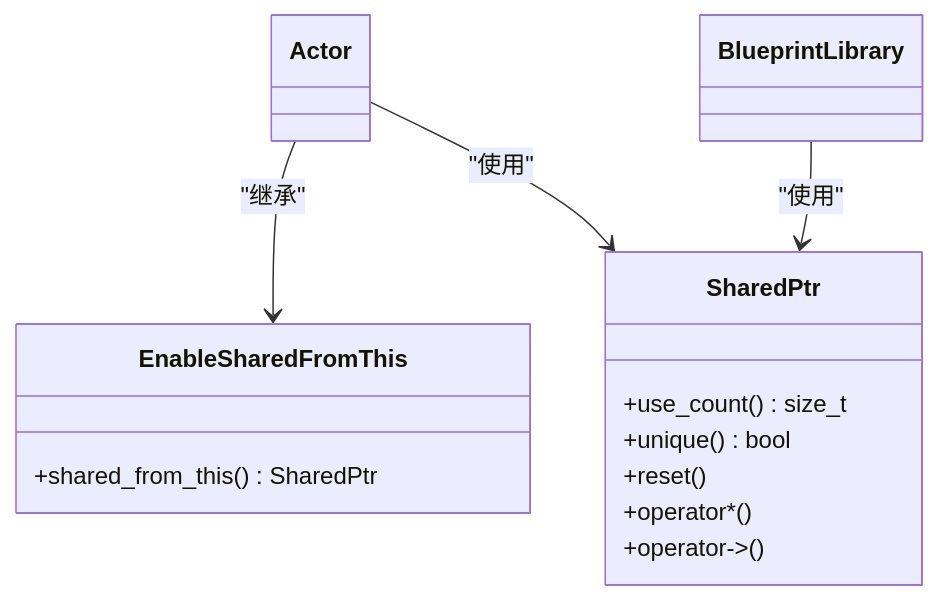
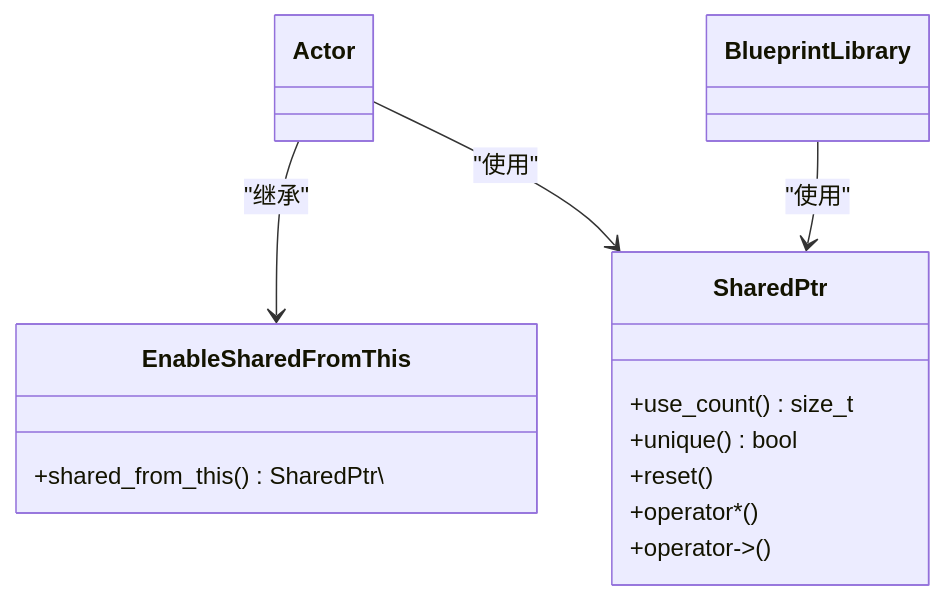
The sixth of 7 diagrams in content/API参考/C++ API/角色系统/角色系统.md (kkaaddff/carla-docs), drawn with Mermaid before and after one commit. The commit also changed other lines of this file and 202 other files, not shown here.

````diff
--- a/content/API参考/C++ API/角色系统/角色系统.md
+++ b/content/API参考/C++ API/角色系统/角色系统.md
@@ -246,16 +233,16 @@
 ```mermaid
 classDiagram
 class EnableSharedFromThis {
-+shared_from_this() SharedPtr<T>
++shared_from_this() SharedPtr\<T\>
 }
 class SharedPtr {
 +use_count() size_t
 +unique() bool
 +reset()
 +operator*()
 +operator->()
 }
 Actor --> EnableSharedFromThis : "继承"
 Actor --> SharedPtr : "使用"
 BlueprintLibrary --> SharedPtr : "使用"
 ```
````
